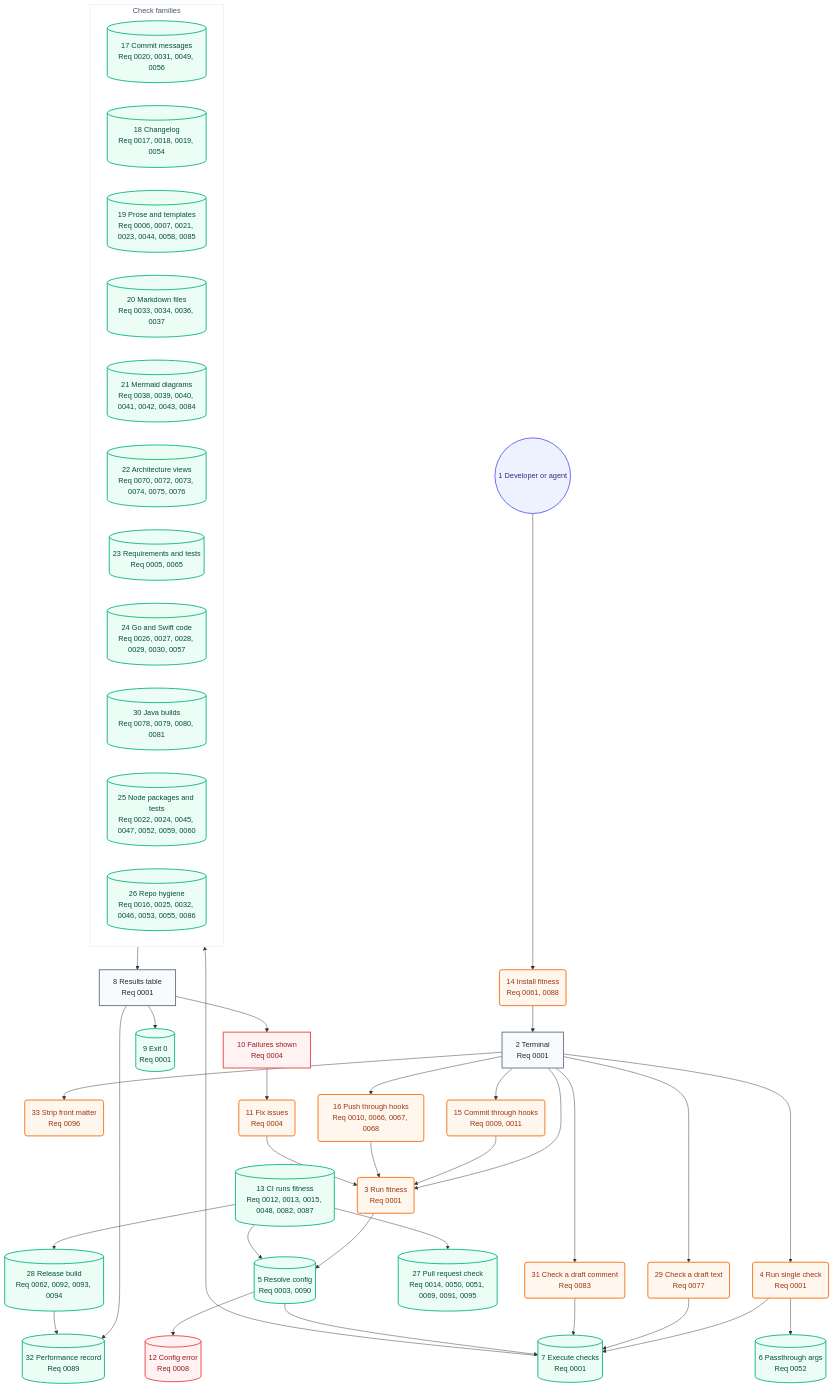
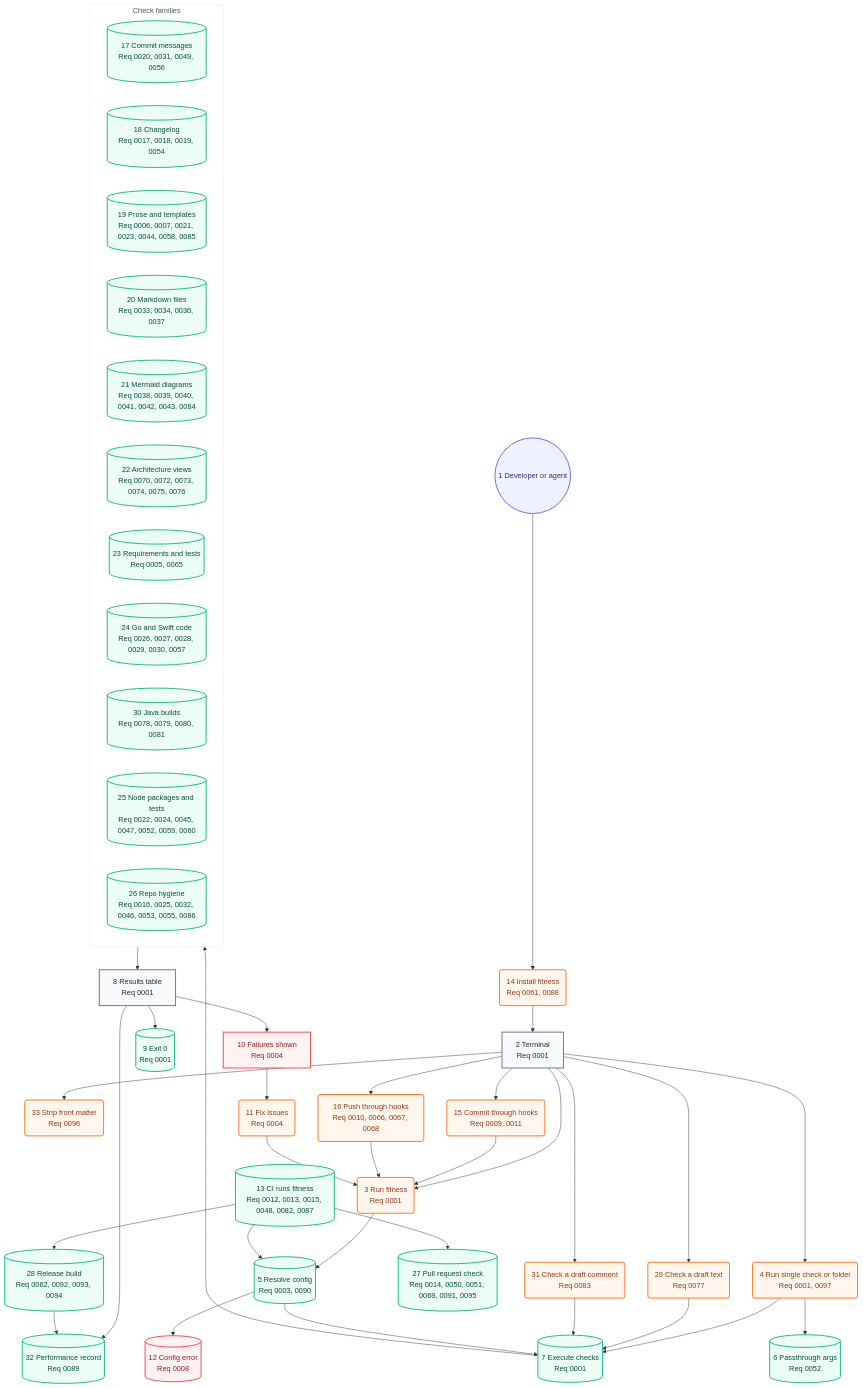
One commit to may-journal/fitness-runner changed the second of 2 diagrams in docs/architecture/05-user-journey.md. Above: the diagram before and after it, drawn with Mermaid. The commit also changed 8 other files, not shown here.

````diff
--- a/docs/architecture/05-user-journey.md
+++ b/docs/architecture/05-user-journey.md
@@ -40,78 +40,78 @@
 ```mermaid
 flowchart TB
     dev((1 Developer or agent)):::persona
     install(14 Install fitness<br/>Req 0061, 0088):::action
     terminal[2 Terminal<br/>Req 0001]:::screen
     runFull(3 Run fitness<br/>Req 0001):::action
-    runSingle(4 Run single check<br/>Req 0001):::action
+    runSingle(4 Run single check or folder<br/>Req 0001, 0097):::action
     runBlob(29 Check a draft text<br/>Req 0077):::action
     runComment(31 Check a draft comment<br/>Req 0083):::action
     stripFront(33 Strip front matter<br/>Req 0096):::action
     commitHook(15 Commit through hooks<br/>Req 0009, 0011):::action
     pushHook(16 Push through hooks<br/>Req 0010, 0066, 0067, 0068):::action
     resolveConfig[(5 Resolve config<br/>Req 0003, 0090)]:::system
     passArgs[(6 Passthrough args<br/>Req 0052)]:::system
     executeChecks[(7 Execute checks<br/>Req 0001)]:::system
 
     subgraph checks["Check families"]
         commitChecks[(17 Commit messages<br/>Req 0020, 0031, 0049, 0056)]:::system
         changelogChecks[(18 Changelog<br/>Req 0017, 0018, 0019, 0054)]:::system
         proseChecks[(19 Prose and templates<br/>Req 0006, 0007, 0021, 0023, 0044, 0058, 0085)]:::system
         markdownChecks[(20 Markdown files<br/>Req 0033, 0034, 0036, 0037)]:::system
         mermaidChecks[(21 Mermaid diagrams<br/>Req 0038, 0039, 0040, 0041, 0042, 0043, 0084)]:::system
         architectureChecks[(22 Architecture views<br/>Req 0070, 0072, 0073, 0074, 0075, 0076)]:::system
         requirementChecks[(23 Requirements and tests<br/>Req 0005, 0065)]:::system
         goSwiftChecks[(24 Go and Swift code<br/>Req 0026, 0027, 0028, 0029, 0030, 0057)]:::system
         javaChecks[(30 Java builds<br/>Req 0078, 0079, 0080, 0081)]:::system
         nodeChecks[(25 Node packages and tests<br/>Req 0022, 0024, 0045, 0047, 0052, 0059, 0060)]:::system
         repoChecks[(26 Repo hygiene<br/>Req 0016, 0025, 0032, 0046, 0053, 0055, 0086)]:::system
     end
 
     resultsTable[8 Results table<br/>Req 0001]:::screen
     exitZero[(9 Exit 0<br/>Req 0001)]:::system
     failuresShown[10 Failures shown<br/>Req 0004]:::blocked
     fixIssues(11 Fix issues<br/>Req 0004):::action
     configError[(12 Config error<br/>Req 0008)]:::blocked
     ciRun[(13 CI runs fitness<br/>Req 0012, 0013, 0015, 0048, 0082, 0087)]:::system
     prCheck[(27 Pull request check<br/>Req 0014, 0050, 0051, 0069, 0091, 0095)]:::system
     release[(28 Release build<br/>Req 0062, 0092, 0093, 0094)]:::system
     perfRecord[(32 Performance record<br/>Req 0089)]:::system
 
     dev --> install
     install --> terminal
     terminal --> runFull
     terminal --> runSingle
     terminal --> commitHook
     terminal --> pushHook
     terminal --> runBlob
     terminal --> runComment
     terminal --> stripFront
     commitHook --> runFull
     pushHook --> runFull
     runFull --> resolveConfig
     runSingle --> executeChecks
     runSingle --> passArgs
     runBlob --> executeChecks
     runComment --> executeChecks
     resolveConfig --> executeChecks
     resolveConfig --> configError
     executeChecks --> checks
     checks --> resultsTable
     resultsTable --> exitZero
     resultsTable --> failuresShown
     failuresShown --> fixIssues
     fixIssues --> runFull
     ciRun --> resolveConfig
     ciRun --> prCheck
     ciRun --> release
     resultsTable --> perfRecord
     release --> perfRecord
 
     classDef persona fill:#eef2ff,stroke:#6366f1,color:#312e81,stroke-width:2px
     classDef screen fill:#f8fafc,stroke:#64748b,color:#1e293b,stroke-width:2px
     classDef action fill:#fff7ed,stroke:#f97316,color:#9a3412,stroke-width:2px
     classDef system fill:#ecfdf5,stroke:#10b981,color:#064e3b,stroke-width:2px
     classDef blocked fill:#fef2f2,stroke:#ef4444,color:#991b1b,stroke-width:2px
 
     style checks fill:#ffffff,stroke:#e2e8f0,color:#475569,stroke-width:1px
 ```
````
